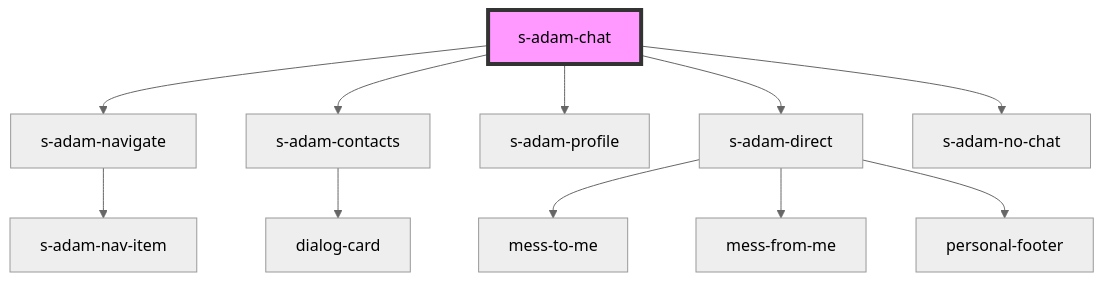
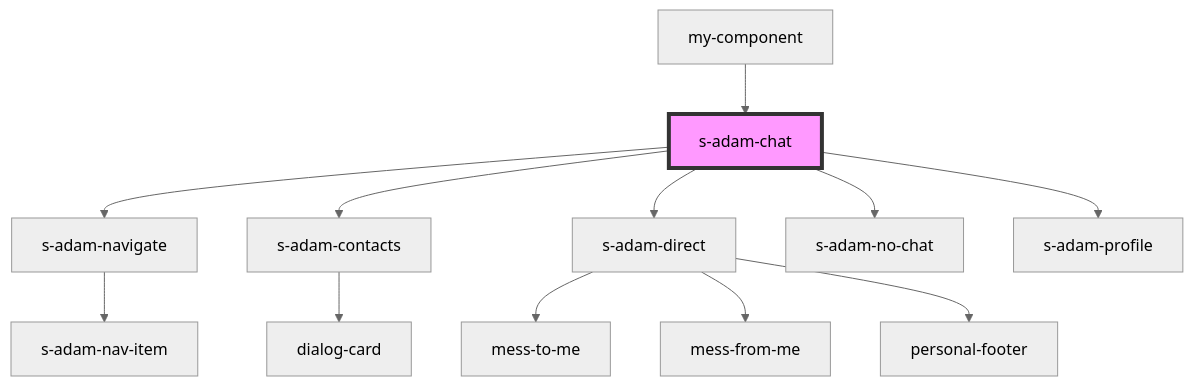
One commit to saqhan/stencil-chat changed the diagram in src/components/comp/s-adam-chat/readme.md. Above: the diagram before and after it, drawn with Mermaid (neutral theme). The commit also changed other lines of this file and 5 other files, not shown here.

````diff
--- a/src/components/comp/s-adam-chat/readme.md
+++ b/src/components/comp/s-adam-chat/readme.md
@@ -19,14 +23,15 @@
 ```mermaid
 graph TD;
   s-adam-chat --> s-adam-navigate
   s-adam-chat --> s-adam-contacts
-  s-adam-chat --> s-adam-profile
   s-adam-chat --> s-adam-direct
   s-adam-chat --> s-adam-no-chat
+  s-adam-chat --> s-adam-profile
   s-adam-navigate --> s-adam-nav-item
   s-adam-contacts --> dialog-card
   s-adam-direct --> mess-to-me
   s-adam-direct --> mess-from-me
   s-adam-direct --> personal-footer
+  my-component --> s-adam-chat
   style s-adam-chat fill:#f9f,stroke:#333,stroke-width:4px
 ```
````
